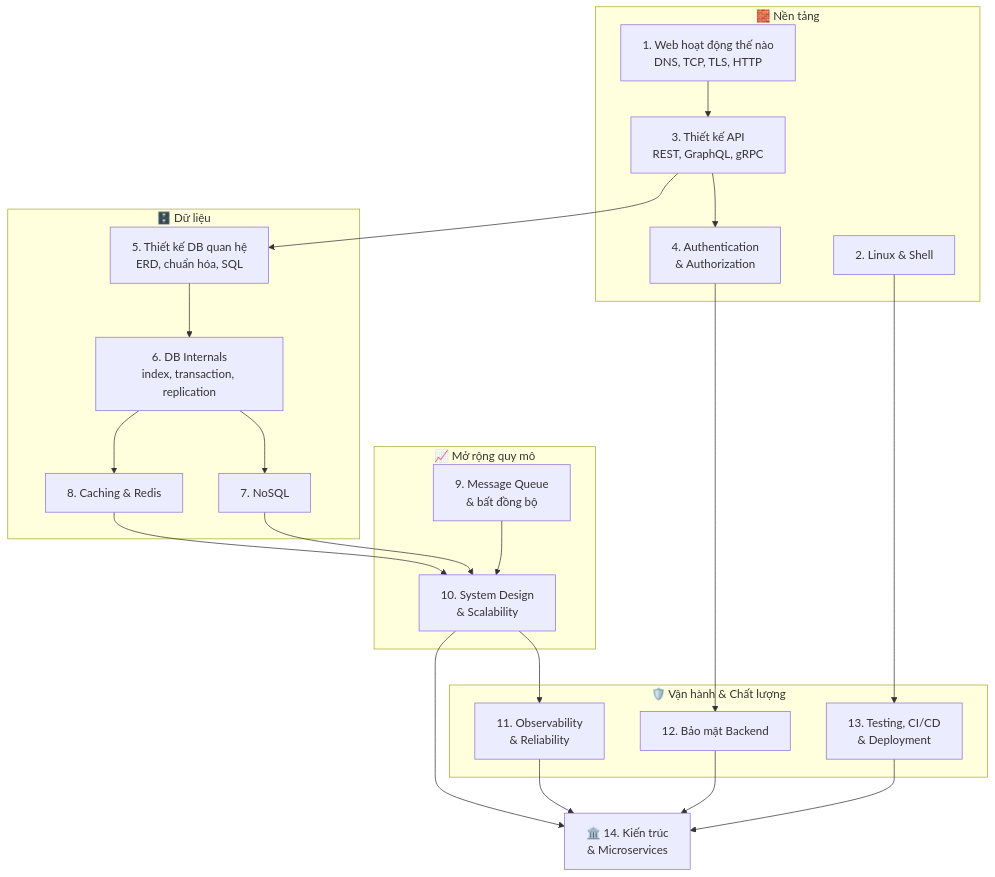
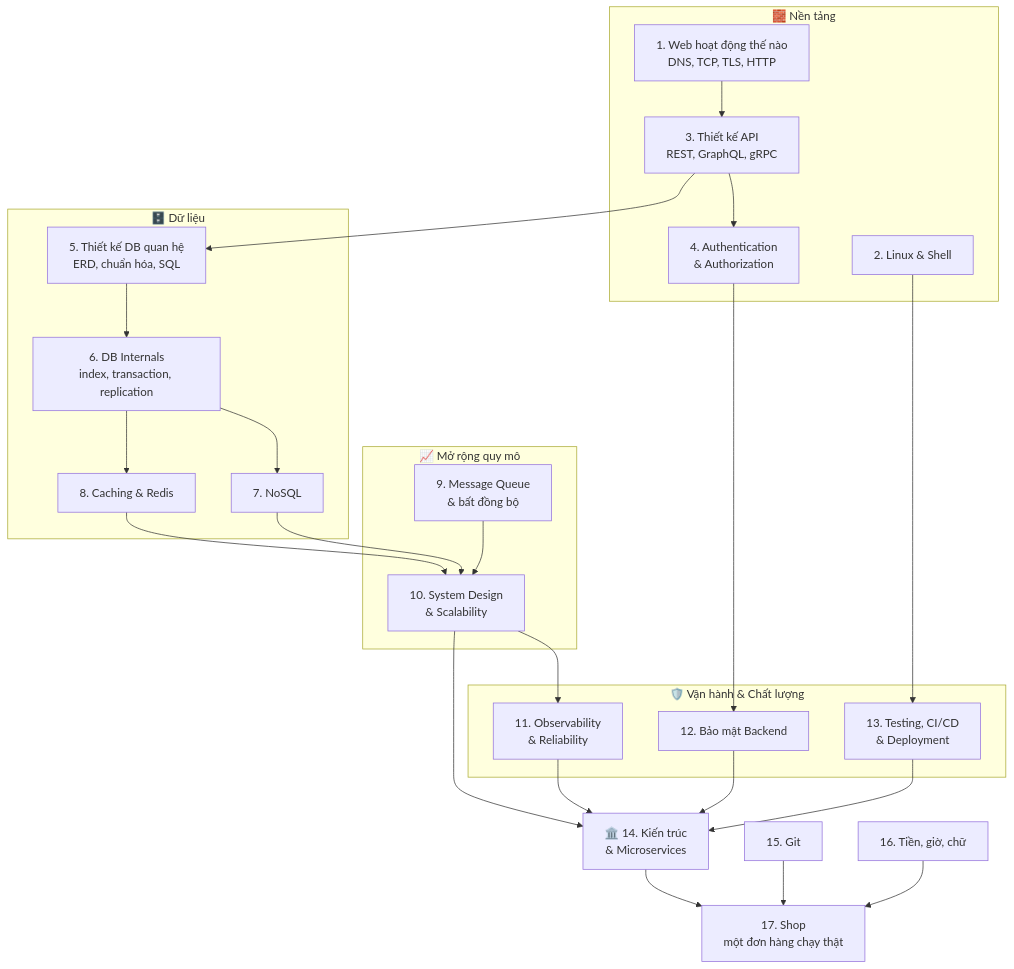
Before and after one commit to nguyenthanh1205tb/learning: the diagram in backend/README.md, drawn with Mermaid. The commit also changed other lines of this file and 24 other files, not shown here.

First line of the commit message:
Add Git, production traps, AI practice, and a runnable shop

````diff
--- a/backend/README.md
+++ b/backend/README.md
@@ -60,42 +61,45 @@
 ```mermaid
 flowchart TB
     subgraph NEN["🧱 Nền tảng"]
         B1["1. Web hoạt động thế nào<br/>DNS, TCP, TLS, HTTP"]
         B2["2. Linux & Shell"]
         B3["3. Thiết kế API<br/>REST, GraphQL, gRPC"]
         B4["4. Authentication<br/>& Authorization"]
     end
     subgraph DATA["🗄️ Dữ liệu"]
         B5["5. Thiết kế DB quan hệ<br/>ERD, chuẩn hóa, SQL"]
         B6["6. DB Internals<br/>index, transaction, replication"]
         B7["7. NoSQL"]
         B8["8. Caching & Redis"]
     end
     subgraph SCALE["📈 Mở rộng quy mô"]
         B9["9. Message Queue<br/>& bất đồng bộ"]
         B10["10. System Design<br/>& Scalability"]
     end
     subgraph OPS["🛡️ Vận hành & Chất lượng"]
         B11["11. Observability<br/>& Reliability"]
         B12["12. Bảo mật Backend"]
         B13["13. Testing, CI/CD<br/>& Deployment"]
     end
     B14["🏛️ 14. Kiến trúc<br/>& Microservices"]
 
     B1 --> B3
     B2 --> B13
     B3 --> B4
     B4 --> B12
     B3 --> B5
     B5 --> B6
     B6 --> B7
     B6 --> B8
     B8 --> B10
     B7 --> B10
     B9 --> B10
     B10 --> B11
     B10 --> B14
     B11 --> B14
     B12 --> B14
     B13 --> B14
+    B14 --> B17["17. Shop<br/>một đơn hàng chạy thật"]
+    B15["15. Git"] --> B17
+    B16["16. Tiền, giờ, chữ"] --> B17
 ```
````
